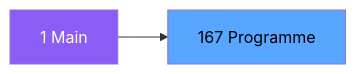
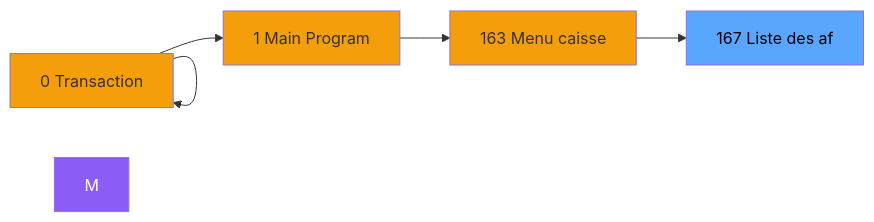
Before and after one commit to thonyAGP/magic-migration: the second of 3 diagrams in .openspec/specs/ADH-IDE-167.md, drawn with Mermaid. The commit also changed other lines of this file and 323 other files, not shown here.

````diff
--- a/.openspec/specs/ADH-IDE-167.md
+++ b/.openspec/specs/ADH-IDE-167.md
@@ -99,8 +123,21 @@
 ```mermaid
 graph LR
-    M[1 Main]
-    T[167 Programme]
-    M --> T
+    N0[0 Transaction ]
+    N0[0 Transferts]
+    N0[0 Transaction ]
+    N1[1 Main Program]
+    N163[163 Menu caisse ]
+    T[167 Liste des af]
+    N0 --> N0
+    N0 --> N0
+    N0 --> N1
+    N1 --> N163
+    N163 --> T
     style M fill:#8b5cf6,color:#fff
+    style N0 fill:#f59e0b
+    style N0 fill:#f59e0b
+    style N0 fill:#f59e0b
+    style N1 fill:#f59e0b
+    style N163 fill:#f59e0b
     style T fill:#58a6ff,color:#000
 ```
````
